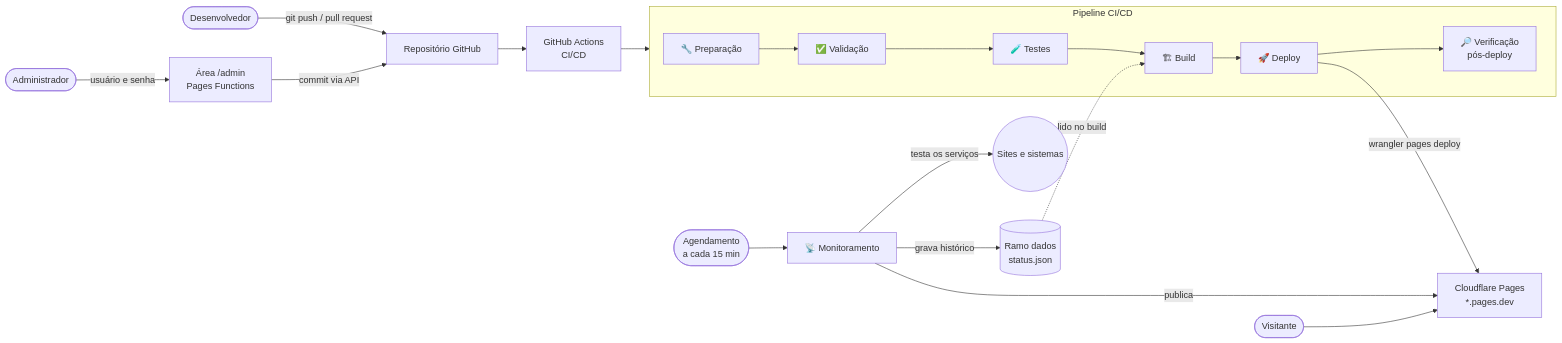
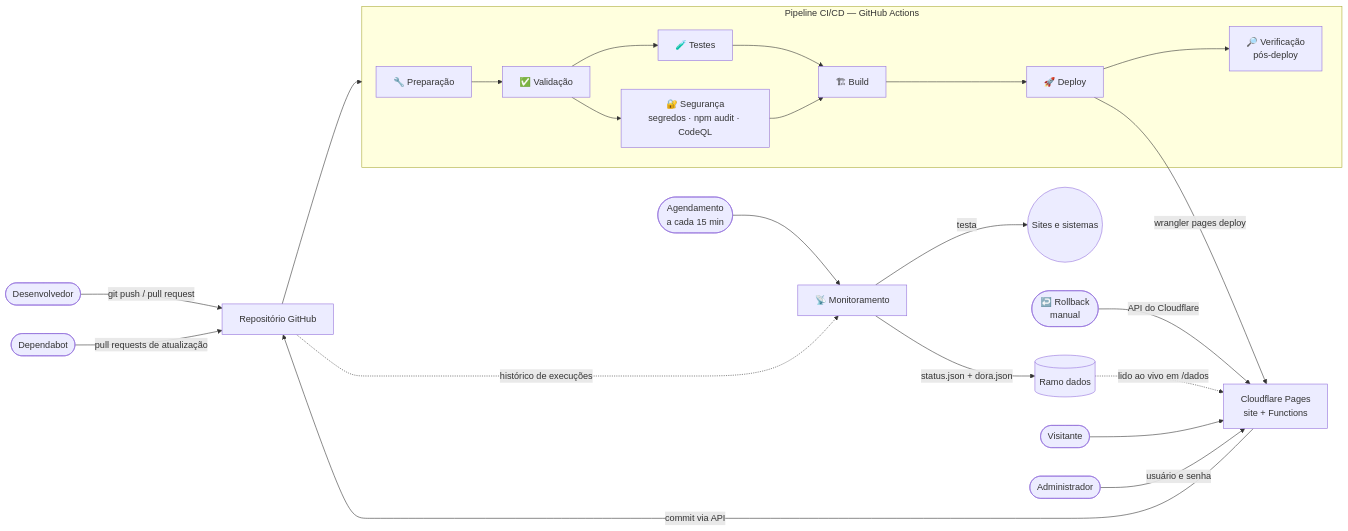
The diagram in README.md (jlvjunior/telemetria-status), drawn with Mermaid before and after one commit. The commit also changed other lines of this file and 25 other files, not shown here.

Commit message:
Métricas DORA, etapa de segurança e rollback

````diff
--- a/README.md
+++ b/README.md
@@ -23,18 +25,24 @@
 ```mermaid
 flowchart LR
     DEV([Desenvolvedor]) -->|git push / pull request| GH[Repositório GitHub]
-    GH --> CI[GitHub Actions<br/>CI/CD]
-    subgraph CI_PIPE[Pipeline CI/CD]
-        A[🔧 Preparação] --> B[✅ Validação] --> C[🧪 Testes] --> D[🏗 Build] --> E[🚀 Deploy] --> F[🔎 Verificação<br/>pós-deploy]
+    GH --> CI_PIPE
+    subgraph CI_PIPE[Pipeline CI/CD — GitHub Actions]
+        A[🔧 Preparação] --> B[✅ Validação]
+        B --> C[🧪 Testes]
+        B --> S[🔐 Segurança<br/>segredos · npm audit · CodeQL]
+        C --> D[🏗 Build]
+        S --> D
+        D --> E[🚀 Deploy] --> F[🔎 Verificação<br/>pós-deploy]
     end
-    CI --> CI_PIPE
-    E -->|wrangler pages deploy| CF[Cloudflare Pages<br/>*.pages.dev]
+    E -->|wrangler pages deploy| CF[Cloudflare Pages<br/>site + Functions]
+    RB([↩️ Rollback<br/>manual]) -->|API do Cloudflare| CF
     CRON([Agendamento<br/>a cada 15 min]) --> MON[📡 Monitoramento]
-    MON -->|testa os serviços| NET((Sites e sistemas))
-    MON -->|grava histórico| DADOS[(Ramo dados<br/>status.json)]
-    MON -->|publica| CF
-    DADOS -.->|lido no build| D
+    MON -->|testa| NET((Sites e sistemas))
+    MON -->|status.json + dora.json| DADOS[(Ramo dados)]
+    GH -.->|histórico de execuções| MON
+    DADOS -.->|lido ao vivo em /dados| CF
+    DEPBOT([Dependabot]) -->|pull requests de atualização| GH
     USR([Visitante]) --> CF
-    ADM([Administrador]) -->|usuário e senha| ADMIN[Área /admin<br/>Pages Functions]
-    ADMIN -->|commit via API| GH
+    ADM([Administrador]) -->|usuário e senha| CF
+    CF -->|commit via API| GH
 ```
````
